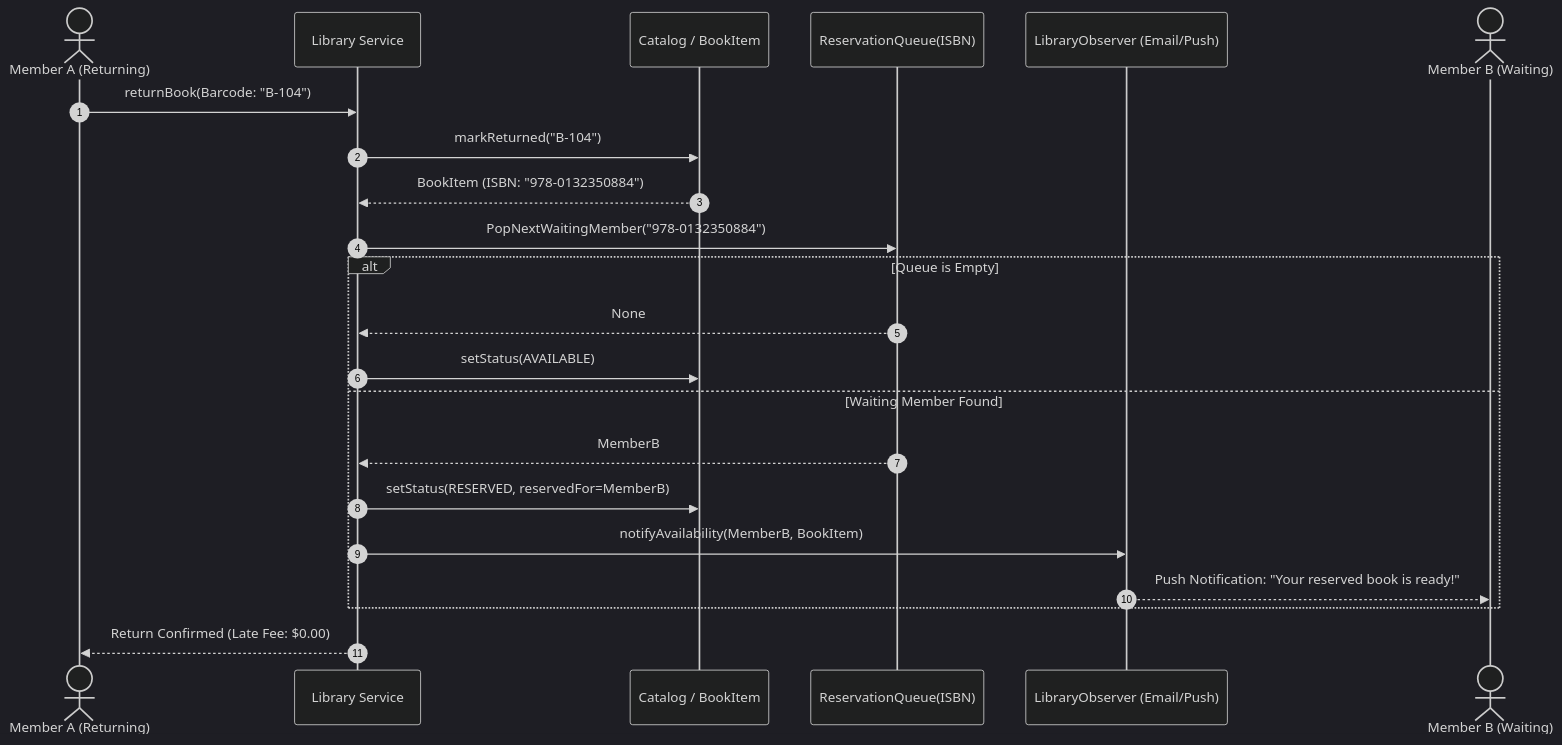
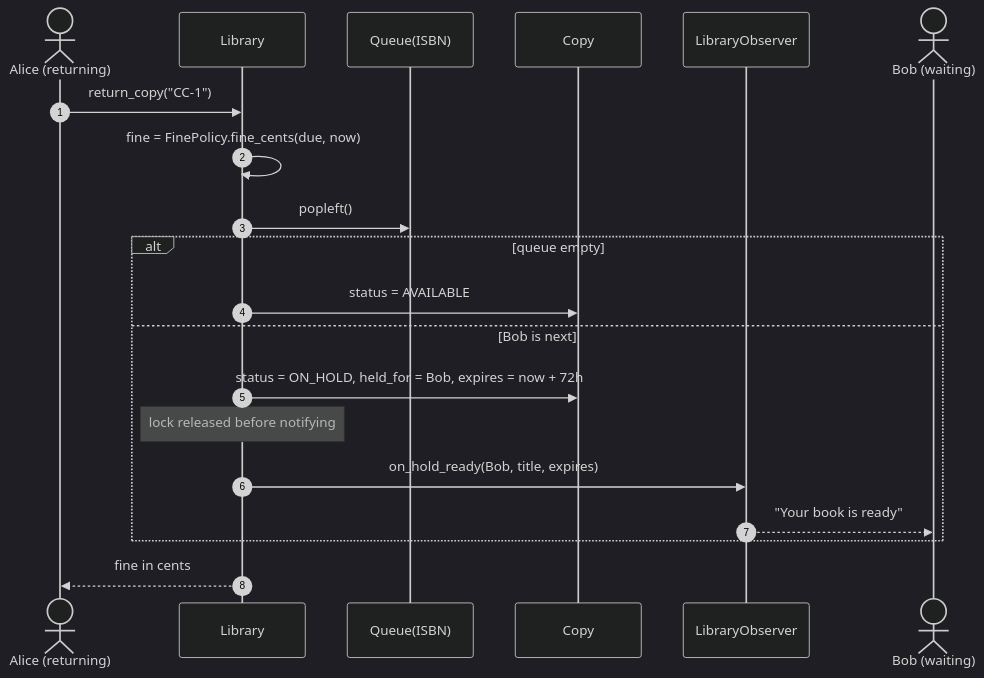
One commit to TapanKumarBarik/Backend-roadmap changed the second of 4 diagrams in content/lld/13-library-and-vending-machine/README.md. Above: the diagram before and after it, drawn with Mermaid (dark theme). The commit also changed other lines of this file and 68 other files, not shown here.

````diff
--- a/content/lld/13-library-and-vending-machine/README.md
+++ b/content/lld/13-library-and-vending-machine/README.md
@@ -22,26 +100,23 @@
 ```mermaid
 sequenceDiagram
-    autonumber
-    actor MemberA as Member A (Returning)
-    participant Lib as Library Service
-    participant Cat as Catalog / BookItem
-    participant Q as ReservationQueue(ISBN)
-    participant Obs as LibraryObserver (Email/Push)
-    actor MemberB as Member B (Waiting)
+  autonumber
+  actor A as Alice (returning)
+  participant Lib as Library
+  participant Q as Queue(ISBN)
+  participant Cp as Copy
+  participant Obs as LibraryObserver
+  actor B as Bob (waiting)
 
-    MemberA->>Lib: returnBook(Barcode: "B-104")
-    Lib->>Cat: markReturned("B-104")
-    Cat-->>Lib: BookItem (ISBN: "978-0132350884")
-    
-    Lib->>Q: PopNextWaitingMember("978-0132350884")
-    alt Queue is Empty
-        Q-->>Lib: None
-        Lib->>Cat: setStatus(AVAILABLE)
-    else Waiting Member Found
-        Q-->>Lib: MemberB
-        Lib->>Cat: setStatus(RESERVED, reservedFor=MemberB)
-        Lib->>Obs: notifyAvailability(MemberB, BookItem)
-        Obs-->>MemberB: Push Notification: "Your reserved book is ready!"
-    end
-    Lib-->>MemberA: Return Confirmed (Late Fee: $0.00)
+  A->>Lib: return_copy("CC-1")
+  Lib->>Lib: fine = FinePolicy.fine_cents(due, now)
+  Lib->>Q: popleft()
+  alt queue empty
+    Lib->>Cp: status = AVAILABLE
+  else Bob is next
+    Lib->>Cp: status = ON_HOLD, held_for = Bob, expires = now + 72h
+    Note over Lib: lock released before notifying
+    Lib->>Obs: on_hold_ready(Bob, title, expires)
+    Obs-->>B: "Your book is ready"
+  end
+  Lib-->>A: fine in cents
 ```
````
